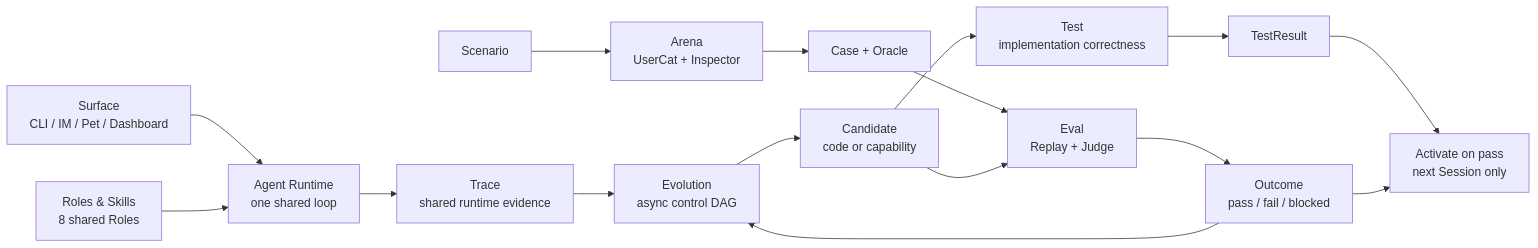
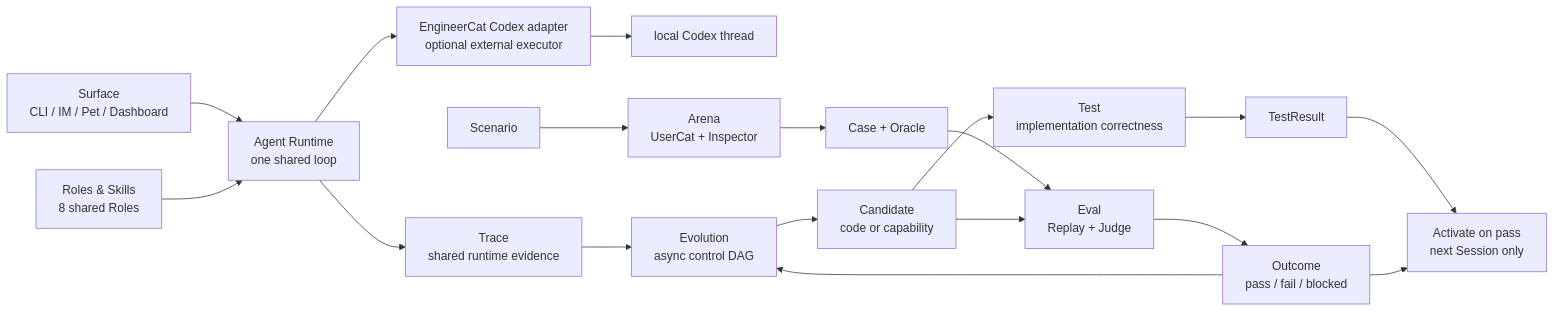
Before and after one commit to fightheyyy/xiaobaOS: the second of 2 diagrams in docs/SPEC.md, drawn with Mermaid. The commit also changed other lines of this file and 22 other files, not shown here.

Commit message:
Add EngineerCat Codex SDK adapter

````diff
--- a/docs/SPEC.md
+++ b/docs/SPEC.md
@@ -110,21 +114,23 @@
 ```mermaid
 flowchart LR
     Surface["Surface<br/>CLI / IM / Pet / Dashboard"] --> Runtime["Agent Runtime<br/>one shared loop"]
     Roles["Roles & Skills<br/>8 shared Roles"] --> Runtime
+    Runtime --> EngineerAdapter["EngineerCat Codex adapter<br/>optional external executor"]
+    EngineerAdapter --> Codex["local Codex thread"]
     Runtime --> Trace["Trace<br/>shared runtime evidence"]
 
     Test["Test<br/>implementation correctness"] --> TestResult["TestResult"]
     Case["Case + Oracle"] --> Eval["Eval<br/>Replay + Judge"]
     Eval --> Outcome["Outcome<br/>pass / fail / blocked"]
 
     Scenario["Scenario"] --> Arena["Arena<br/>UserCat + Inspector"]
     Arena --> Case
 
     Trace --> Evolution["Evolution<br/>async control DAG"]
     Outcome --> Evolution
     Evolution --> Candidate["Candidate<br/>code or capability"]
     Candidate --> Test
     Candidate --> Eval
     TestResult --> Activate["Activate on pass<br/>next Session only"]
     Outcome --> Activate
 ```
````
